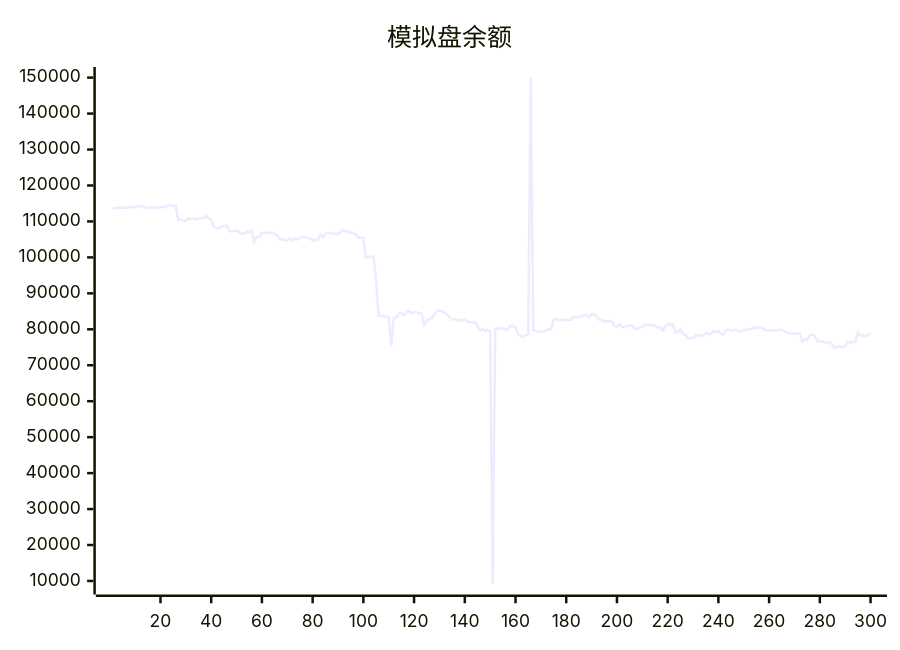
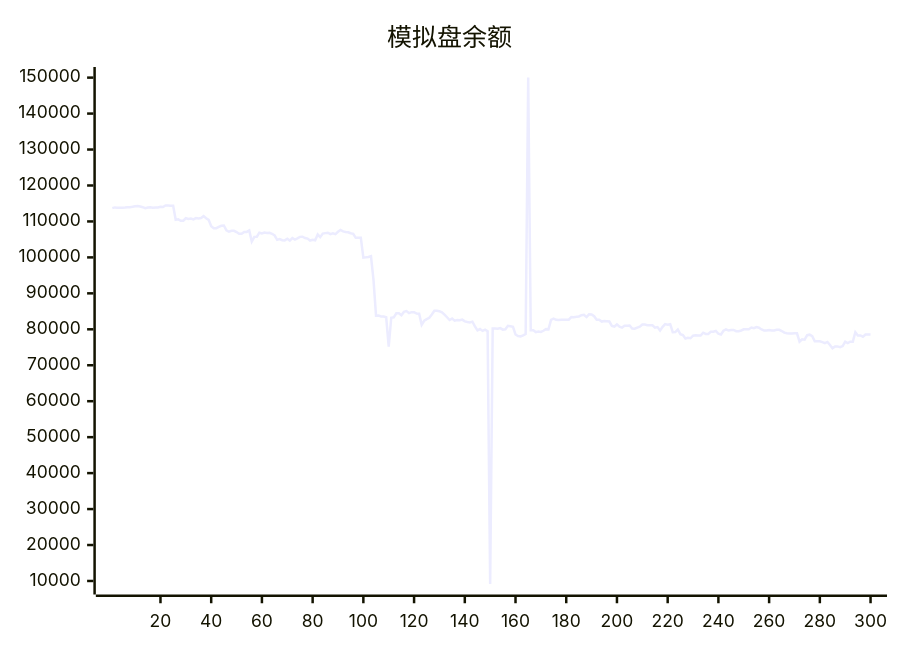
Before and after one commit to aahl/ai-trading: the diagram in README.md, drawn with Mermaid. The commit also changed other lines of this file and 1 other file, not shown here.

````diff
--- a/README.md
+++ b/README.md
@@ -5,5 +5,5 @@
 ```mermaid
 xychart
     title "模拟盘余额"
-    line [113593,113701,113901,113794,113784,113810,113848,113927,113929,114064,114232,114293,114144,113960,113698,113853,113942,113812,113908,113877,114091,113998,114427,114422,114384,114384,110477,110576,110198,110198,110890,110712,110812,110569,110929,110847,110968,111478,110870,110433,108661,108116,108115,108485,108797,108877,107536,107134,107393,107393,107046,106565,106565,107081,107081,107478,104404,105715,105749,106866,106651,106889,106771,106816,106565,106141,104876,105103,104796,104734,105169,104690,105380,104941,105272,105709,105739,105374,105227,104691,104924,104762,106364,105628,106608,106748,106872,106485,106721,106468,107132,107620,107224,107080,107001,106717,106567,105431,105431,105440,99950,100017,100113,100337,93749,83795,83807,83567,83567,83342,75168,83222,83336,84448,84449,83896,84839,85065,84499,84757,84757,84364,84347,81254,82385,82835,83184,84099,85150,85150,85002,84751,84096,83356,82582,82983,82404,82572,82512,82688,82200,82047,81920,82125,80840,79688,80060,79552,79920,79470,9193,80236,80208,80170,80336,79894,80006,80954,80837,80712,78561,78139,78037,78293,78682,150000,79720,79720,79214,79372,79279,79591,80046,79993,82625,82950,82626,82571,82633,82670,82670,82681,83386,83378,83464,83579,83920,84037,83402,84160,84142,83652,82655,82655,82145,82315,82243,82163,80934,80770,81371,80742,80468,80989,80989,81067,80191,80155,80450,80737,81309,81309,81106,81119,81119,80471,80631,79624,80670,81448,81290,81429,79212,79222,79940,78643,78380,77432,77623,77504,78235,78358,78284,78277,79048,78714,78714,79290,79308,79567,78763,78563,79603,79988,79652,79813,79813,79476,79469,79673,79995,80015,80015,80486,80314,80600,80436,79966,79689,79689,79819,79692,79692,79850,79850,79518,79071,78889,78850,78850,78878,78878,76554,77202,77103,78357,78510,78106,76678,76677,76672,76411,76159,76485,75656,74695,75197,75246,75052,75334,76564,76179,76553,76551,79196,78300,78300,77944,78531,78531]
+    line [113701,113901,113794,113784,113810,113848,113927,113929,114064,114232,114293,114144,113960,113698,113853,113942,113812,113908,113877,114091,113998,114427,114422,114384,114384,110477,110576,110198,110198,110890,110712,110812,110569,110929,110847,110968,111478,110870,110433,108661,108116,108115,108485,108797,108877,107536,107134,107393,107393,107046,106565,106565,107081,107081,107478,104404,105715,105749,106866,106651,106889,106771,106816,106565,106141,104876,105103,104796,104734,105169,104690,105380,104941,105272,105709,105739,105374,105227,104691,104924,104762,106364,105628,106608,106748,106872,106485,106721,106468,107132,107620,107224,107080,107001,106717,106567,105431,105431,105440,99950,100017,100113,100337,93749,83795,83807,83567,83567,83342,75168,83222,83336,84448,84449,83896,84839,85065,84499,84757,84757,84364,84347,81254,82385,82835,83184,84099,85150,85150,85002,84751,84096,83356,82582,82983,82404,82572,82512,82688,82200,82047,81920,82125,80840,79688,80060,79552,79920,79470,9193,80236,80208,80170,80336,79894,80006,80954,80837,80712,78561,78139,78037,78293,78682,150000,79720,79720,79214,79372,79279,79591,80046,79993,82625,82950,82626,82571,82633,82670,82670,82681,83386,83378,83464,83579,83920,84037,83402,84160,84142,83652,82655,82655,82145,82315,82243,82163,80934,80770,81371,80742,80468,80989,80989,81067,80191,80155,80450,80737,81309,81309,81106,81119,81119,80471,80631,79624,80670,81448,81290,81429,79212,79222,79940,78643,78380,77432,77623,77504,78235,78358,78284,78277,79048,78714,78714,79290,79308,79567,78763,78563,79603,79988,79652,79813,79813,79476,79469,79673,79995,80015,80015,80486,80314,80600,80436,79966,79689,79689,79819,79692,79692,79850,79850,79518,79071,78889,78850,78850,78878,78878,76554,77202,77103,78357,78510,78106,76678,76677,76672,76411,76159,76485,75656,74695,75197,75246,75052,75334,76564,76179,76553,76551,79196,78300,78300,77944,78531,78531,78521]
 ```
````
